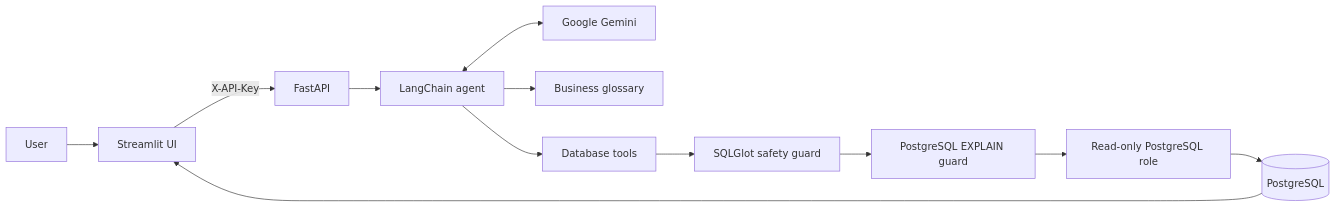
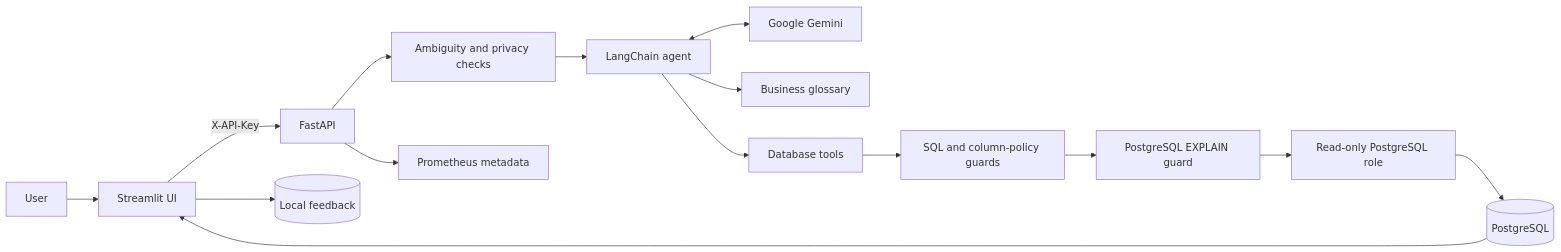
The diagram in README.md (idevelopAI/databridge-ai), drawn with Mermaid before and after one commit. The commit also changed other lines of this file and 31 other files, not shown here.

Commit message:
Add privacy controls, observability, and feedback

````diff
--- a/README.md
+++ b/README.md
@@ -27,14 +32,17 @@
 ```mermaid
 flowchart LR
     U["User"] --> UI["Streamlit UI"]
     UI -->|"X-API-Key"| API["FastAPI"]
-    API --> AGENT["LangChain agent"]
+    API --> CLARIFY["Ambiguity and privacy checks"]
+    CLARIFY --> AGENT["LangChain agent"]
     AGENT <--> MODEL["Google Gemini"]
     AGENT --> GLOSSARY["Business glossary"]
     AGENT --> TOOLS["Database tools"]
-    TOOLS --> GUARD["SQLGlot safety guard"]
+    TOOLS --> GUARD["SQL and column-policy guards"]
     GUARD --> PLAN["PostgreSQL EXPLAIN guard"]
     PLAN --> ROLE["Read-only PostgreSQL role"]
     ROLE --> DB[("PostgreSQL")]
     DB --> UI
+    API --> METRICS["Prometheus metadata"]
+    UI --> FEEDBACK[("Local feedback")]
 ```
````
